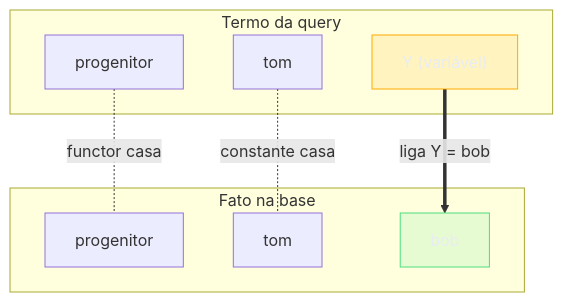
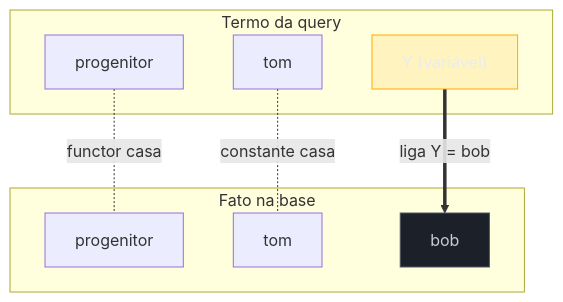
One commit to josenaldo/codex-technomanticus changed the second of 3 diagrams in 03-Dominios/Ciência/Paradigmas/11 - O paradigma lógico.md. Above: the diagram before and after it, drawn with Mermaid. The commit also changed other lines of this file and 601 other files, not shown here.

````diff
--- a/03-Dominios/Ciência/Paradigmas/11 - O paradigma lógico.md
+++ b/03-Dominios/Ciência/Paradigmas/11 - O paradigma lógico.md
@@ -113,20 +113,20 @@
 ```mermaid
 flowchart TB
+    classDef neutro fill:#1B2029,stroke:#4E5666,color:#C6CCD8
     classDef destaque fill:#FFAA0024,stroke:#FFAA00,color:#E9ECF2
-    classDef ok fill:#4ADE8021,stroke:#4ADE80,color:#E9ECF2
     subgraph alvo["Termo da query"]
         A1["progenitor"]
         A2["tom"]
         A3["Y (variável)"]
     end
     subgraph fato["Fato na base"]
         B1["progenitor"]
         B2["tom"]
         B3["bob"]
     end
     A1 -. "functor casa" .- B1
     A2 -. "constante casa" .- B2
     A3 == "liga Y = bob" ==> B3
     class A3 destaque
-    class B3 ok
+    class B3 neutro
 ```
````
